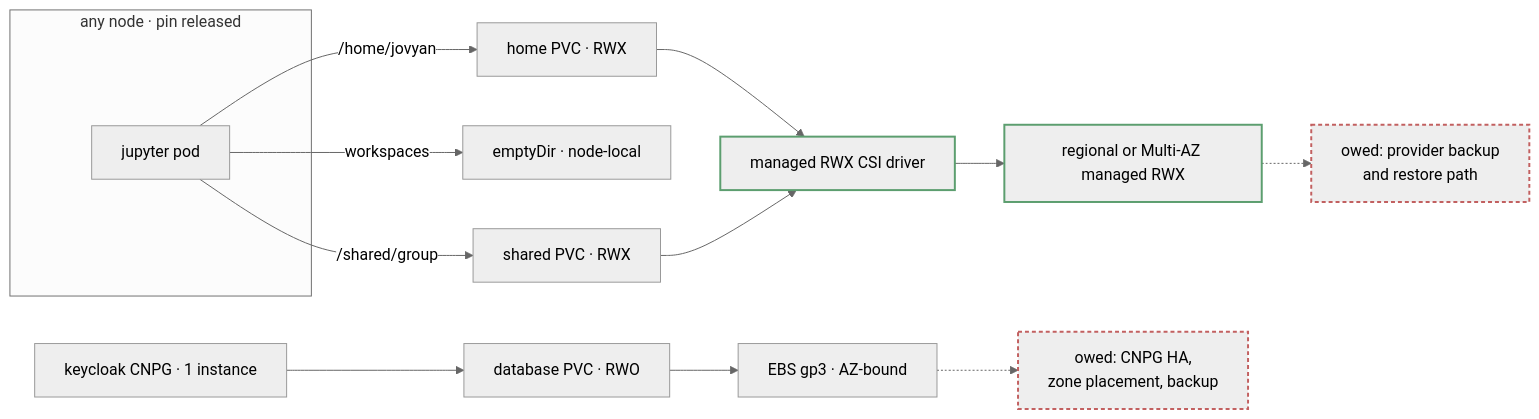
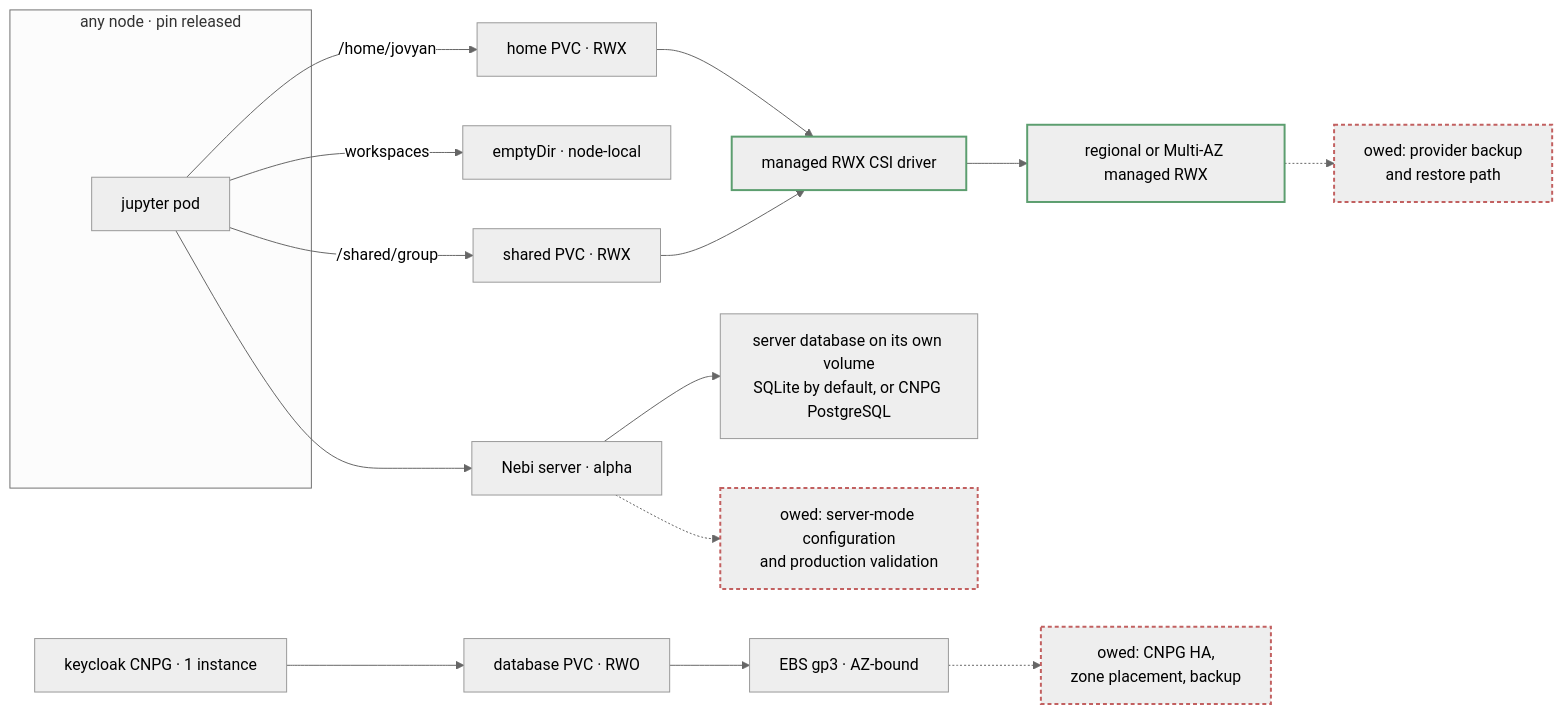
The sixth of 7 diagrams in docs/adr/storage-strategy/README.md (nebari-dev/nebari-infrastructure-core), drawn with Mermaid (neutral theme) before and after one commit. The commit also changed other lines of this file and 5 other files, not shown here.

````diff
--- a/docs/adr/storage-strategy/README.md
+++ b/docs/adr/storage-strategy/README.md
@@ -242,20 +272,23 @@
 ```mermaid
 flowchart LR
   subgraph n["any node · pin released"]
     pod["jupyter pod"]
   end
   pod -->|/home/jovyan| h["home PVC · RWX"]
   pod -->|workspaces| w["emptyDir · node-local"]
   pod -->|/shared/group| sh["shared PVC · RWX"]
   kc["keycloak CNPG · 1 instance"] --> sys["database PVC · RWO"]
   sys --> gp3["EBS gp3 · AZ-bound"]
   h --> csi["managed RWX CSI driver"]
   sh --> csi
   csi --> fs["regional or Multi-AZ managed RWX"]
+  pod --> nebi["Nebi server · alpha"]
+  nebi --> ndb["server database on its own volume<br/>SQLite by default, or CNPG PostgreSQL"]
   fs -.-> bk["owed: provider backup<br/>and restore path"]
   gp3 -.-> owed["owed: CNPG HA,<br/>zone placement, backup"]
+  nebi -.-> nw["owed: server-mode configuration<br/>and production validation"]
   classDef mg stroke:#5c9e6f,stroke-width:2px
   classDef gap stroke:#c26060,stroke-width:2px,stroke-dasharray:4 3
   class csi,fs mg
-  class bk,owed gap
+  class bk,owed,nw gap
 ```
````
